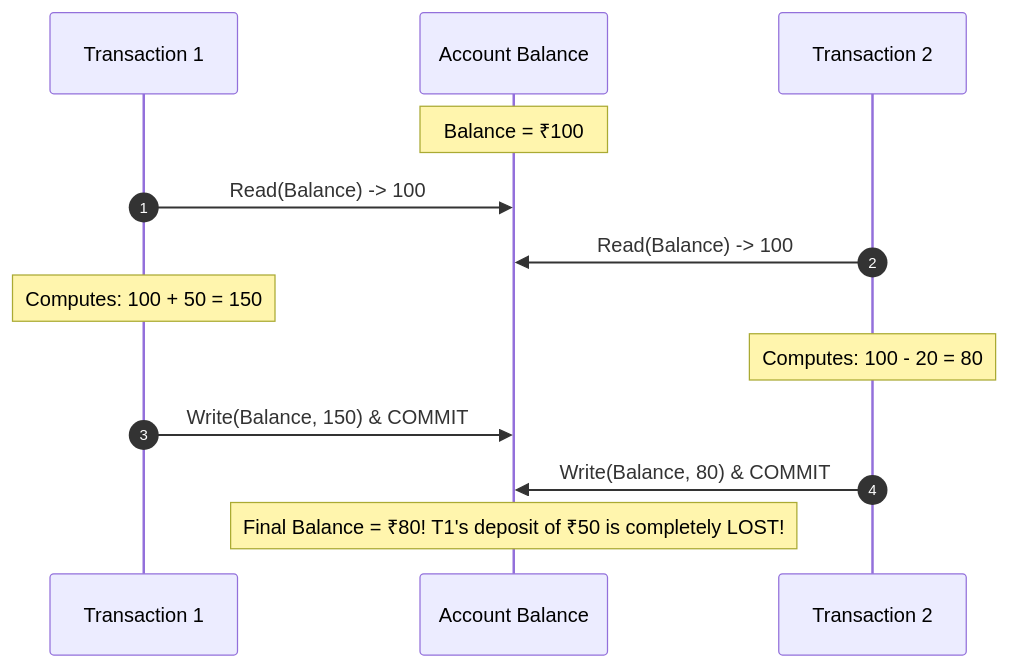
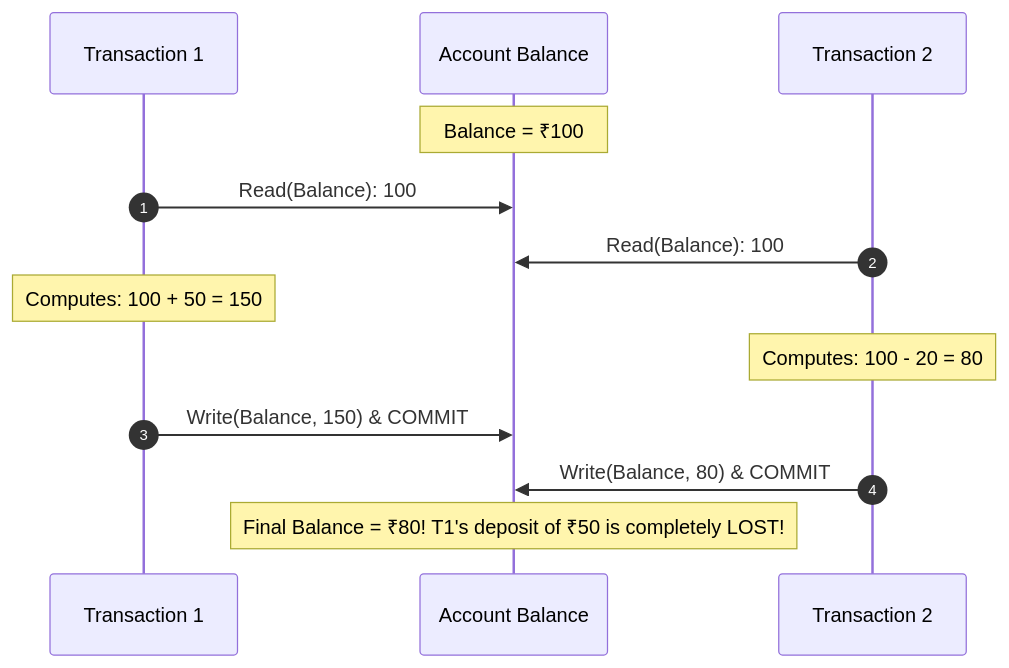
One commit to rohithgowda18/Notes changed the eighth of 18 diagrams in 02-DBMS/Transactions-and-Concurrency-Control.md. Above: the diagram before and after it, drawn with Mermaid. The commit also changed other lines of this file and 4 other files, not shown here.

````diff
--- a/02-DBMS/Transactions-and-Concurrency-Control.md
+++ b/02-DBMS/Transactions-and-Concurrency-Control.md
@@ -244,16 +244,16 @@
 ```mermaid
 sequenceDiagram
     autonumber
     participant T1 as Transaction 1
     participant DB as Account Balance
     participant T2 as Transaction 2
 
     Note over DB: Balance = ₹100
-    T1->>DB: Read(Balance) -> 100
-    T2->>DB: Read(Balance) -> 100
+    T1->>DB: Read(Balance): 100
+    T2->>DB: Read(Balance): 100
     Note over T1: Computes: 100 + 50 = 150
     Note over T2: Computes: 100 - 20 = 80
     T1->>DB: Write(Balance, 150) & COMMIT
     T2->>DB: Write(Balance, 80) & COMMIT
     Note over DB: Final Balance = ₹80! T1's deposit of ₹50 is completely LOST!
 ```
````
